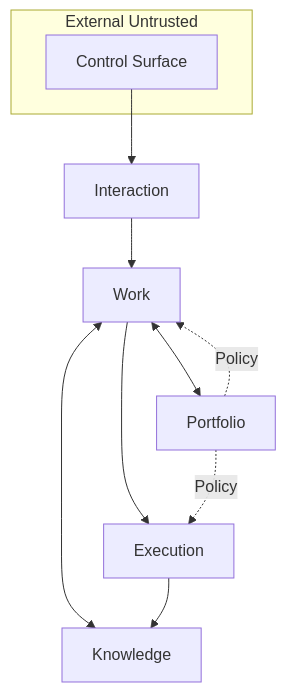
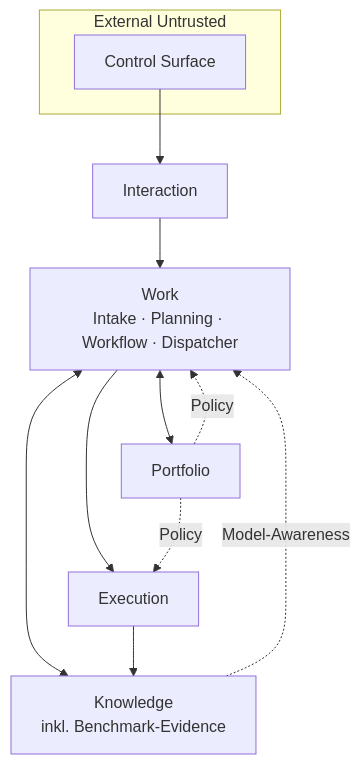
Before and after one commit to Nosmoht/agentic-control: the second of 2 diagrams in docs/spec/SPECIFICATION.md, drawn with Mermaid. The commit also changed other lines of this file and 20 other files, not shown here.

````diff
--- a/docs/spec/SPECIFICATION.md
+++ b/docs/spec/SPECIFICATION.md
@@ -125,18 +148,19 @@
 ```mermaid
 flowchart TB
   subgraph Untrusted["External Untrusted"]
     CS[Control Surface]
   end
   IA[Interaction]
-  WK[Work]
+  WK["Work<br/>Intake · Planning · Workflow · Dispatcher"]
   EX[Execution]
-  KN[Knowledge]
+  KN["Knowledge<br/>inkl. Benchmark-Evidence"]
   PF[Portfolio]
 
   CS --> IA --> WK
   WK <--> PF
   WK <--> KN
   WK --> EX
   EX --> KN
   PF -.Policy.-> WK & EX
+  KN -.Model-Awareness.-> WK
 ```
````
